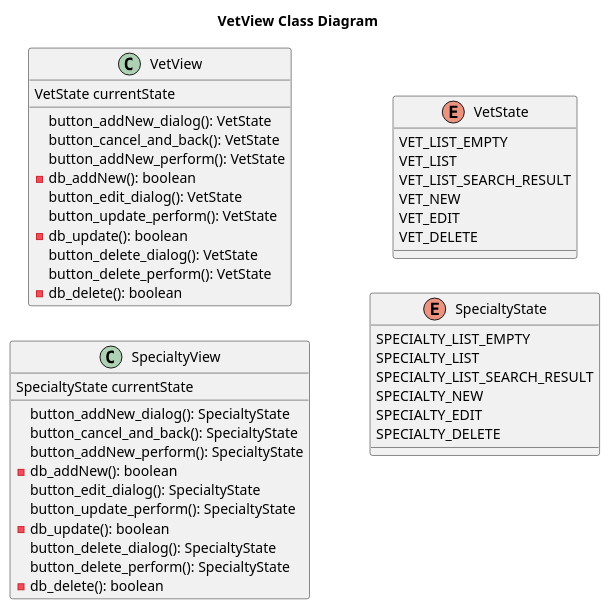
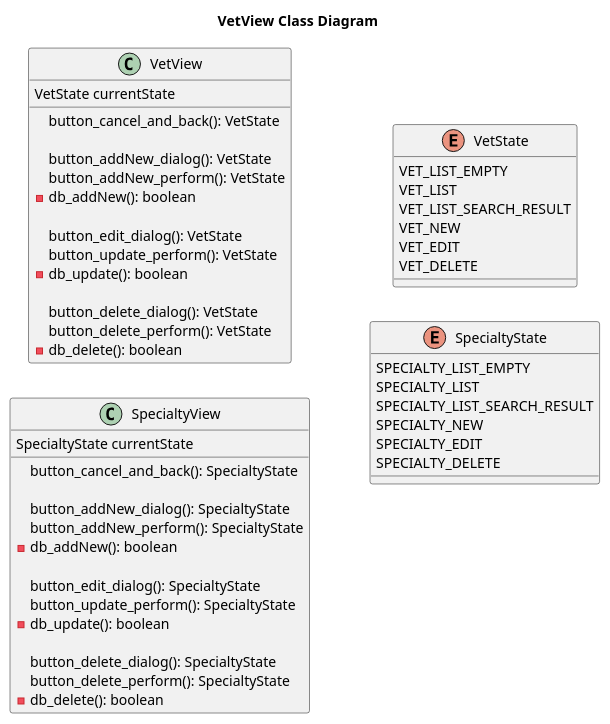
The diagram in puml/vet/implementation/View__Class.puml (Jakarta-EE-Petclinic/petclinic-uml), drawn with PlantUML before and after one commit. The commit also changed 22 other files, not shown here.

```diff
--- a/puml/vet/implementation/View__Class.puml
+++ b/puml/vet/implementation/View__Class.puml
@@ -1,56 +1,65 @@
 @startuml
 'https://plantuml.com/class-diagram
 
 title VetView Class Diagram
 
 left to right direction
 'top to bottom direction
 
 
 class VetView {
     VetState currentState
+
+    button_cancel_and_back(): VetState
+
     button_addNew_dialog(): VetState
-    button_cancel_and_back(): VetState
     button_addNew_perform(): VetState
     - db_addNew(): boolean
+
     button_edit_dialog(): VetState
     button_update_perform(): VetState
     - db_update(): boolean
+
     button_delete_dialog(): VetState
     button_delete_perform(): VetState
     - db_delete(): boolean
 }
 
 class SpecialtyView {
+
     SpecialtyState currentState
+
+    button_cancel_and_back(): SpecialtyState
+
     button_addNew_dialog(): SpecialtyState
-    button_cancel_and_back(): SpecialtyState
     button_addNew_perform(): SpecialtyState
     - db_addNew(): boolean
+
     button_edit_dialog(): SpecialtyState
     button_update_perform(): SpecialtyState
     - db_update(): boolean
+
     button_delete_dialog(): SpecialtyState
     button_delete_perform(): SpecialtyState
     - db_delete(): boolean
 }
 
 enum VetState {
     VET_LIST_EMPTY
     VET_LIST
     VET_LIST_SEARCH_RESULT
     VET_NEW
     VET_EDIT
     VET_DELETE
 }
 
 enum SpecialtyState {
     SPECIALTY_LIST_EMPTY
     SPECIALTY_LIST
     SPECIALTY_LIST_SEARCH_RESULT
     SPECIALTY_NEW
     SPECIALTY_EDIT
     SPECIALTY_DELETE
 }
 
 @enduml
```
